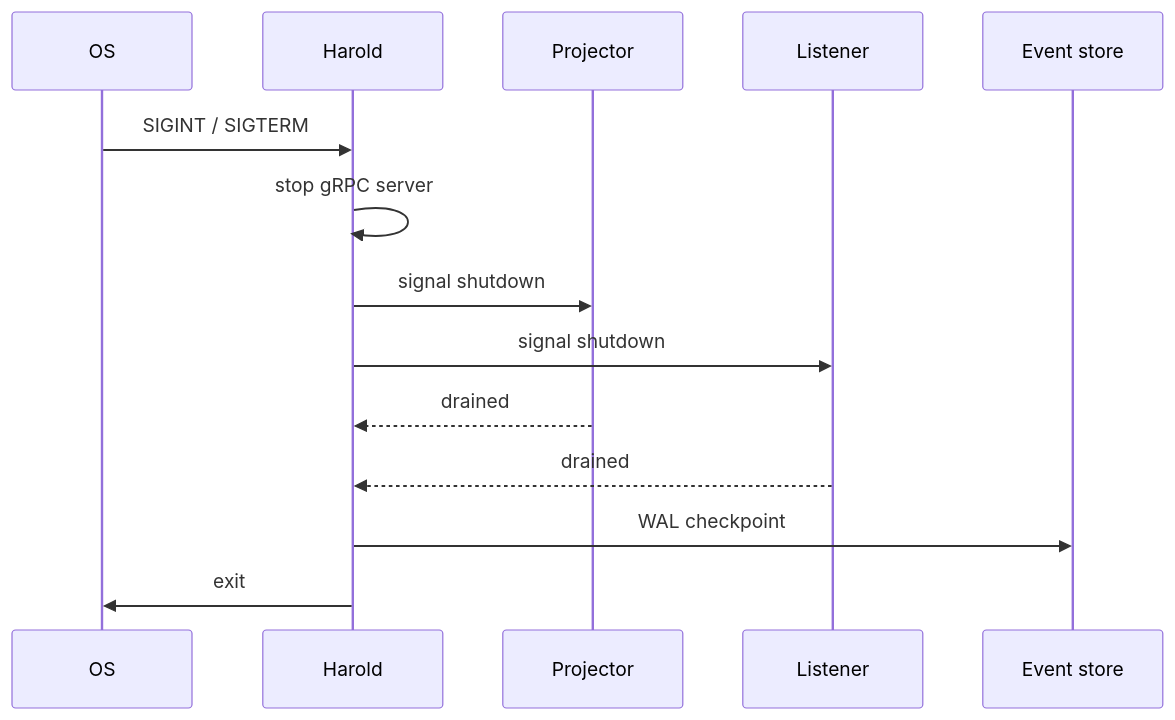
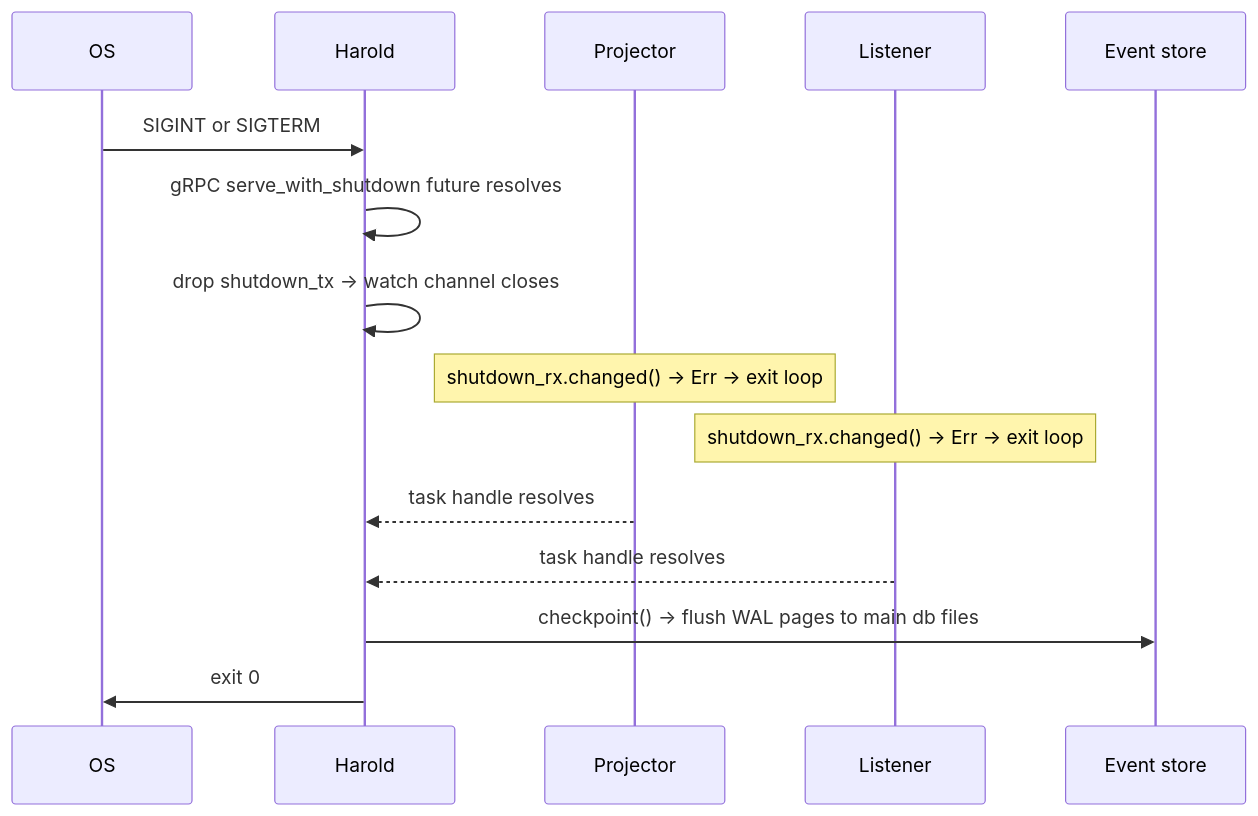
Before and after one commit to kahgeh/harold: the second of 2 diagrams in docs/references/operation/README.md, drawn with Mermaid. The commit also changed other lines of this file and 2 other files, not shown here.

Commit message:
docs: deepen feature READMEs with component-level detail and full sequences

````diff
--- a/docs/references/operation/README.md
+++ b/docs/references/operation/README.md
@@ -55,17 +106,18 @@
 ```mermaid
 sequenceDiagram
     participant OS
     participant Harold
     participant Projector
     participant Listener
     participant Store as Event store
 
-    OS->>Harold: SIGINT / SIGTERM
-    Harold->>Harold: stop gRPC server
-    Harold->>Projector: signal shutdown
-    Harold->>Listener: signal shutdown
-    Projector-->>Harold: drained
-    Listener-->>Harold: drained
-    Harold->>Store: WAL checkpoint
-    Harold->>OS: exit
+    OS->>Harold: SIGINT or SIGTERM
+    Harold->>Harold: gRPC serve_with_shutdown future resolves
+    Harold->>Harold: drop shutdown_tx → watch channel closes
+    note over Projector: shutdown_rx.changed() → Err → exit loop
+    note over Listener: shutdown_rx.changed() → Err → exit loop
+    Projector-->>Harold: task handle resolves
+    Listener-->>Harold: task handle resolves
+    Harold->>Store: checkpoint() → flush WAL pages to main db files
+    Harold->>OS: exit 0
 ```
````
